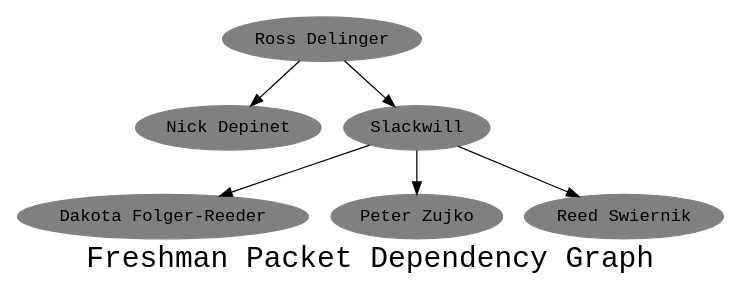
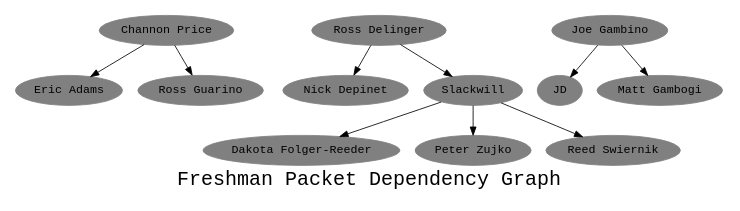
The diagram in dep.gv (robgssp/CSHDigraph), drawn with Graphviz before and after one commit.

Commit message:
Joe, JD, Channon, Ross G, and Matt

```diff
--- a/dep.gv
+++ b/dep.gv
@@ -1,23 +1,33 @@
 digraph "Packet Dependencies" {
 	graph [ fontname = "Monospace",
 	      	fontsize = 24,
 		label = "Freshman Packet Dependency Graph",
 		size = "6,6" ];
 	node [	shape = oval,
 	     	color = grey,
 		style = filled,
 		fontname = "Monospace" ];
 
+	"Channon Price";
 	"Dakota Folger-Reeder";
+	"Eric Adams";
+	"JD";
+	"Joe Gambino";
 	"Nick Depinet";
+	"Matt Gambogi";
 	"Peter Zujko";
 	"Reed Swiernik";
 	"Ross Delinger";
+	"Ross Guarino";
 	"Slackwill";
 
+	"Channon Price" -> "Eric Adams";
+	"Channon Price" -> "Ross Guarino";
+	"Joe Gambino" -> "JD";
+	"Joe Gambino" -> "Matt Gambogi";
 	"Ross Delinger" -> "Slackwill";
 	"Ross Delinger" -> "Nick Depinet";
 	"Slackwill" -> "Reed Swiernik";
 	"Slackwill" -> "Peter Zujko";
 	"Slackwill" -> "Dakota Folger-Reeder";
 }
```
